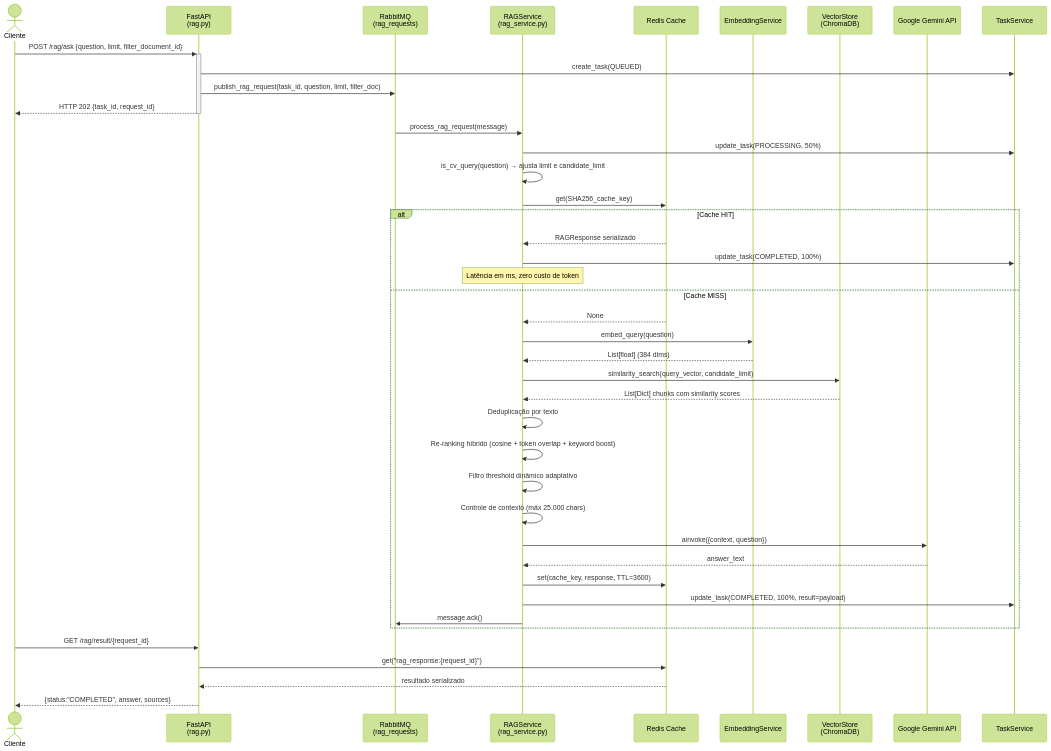
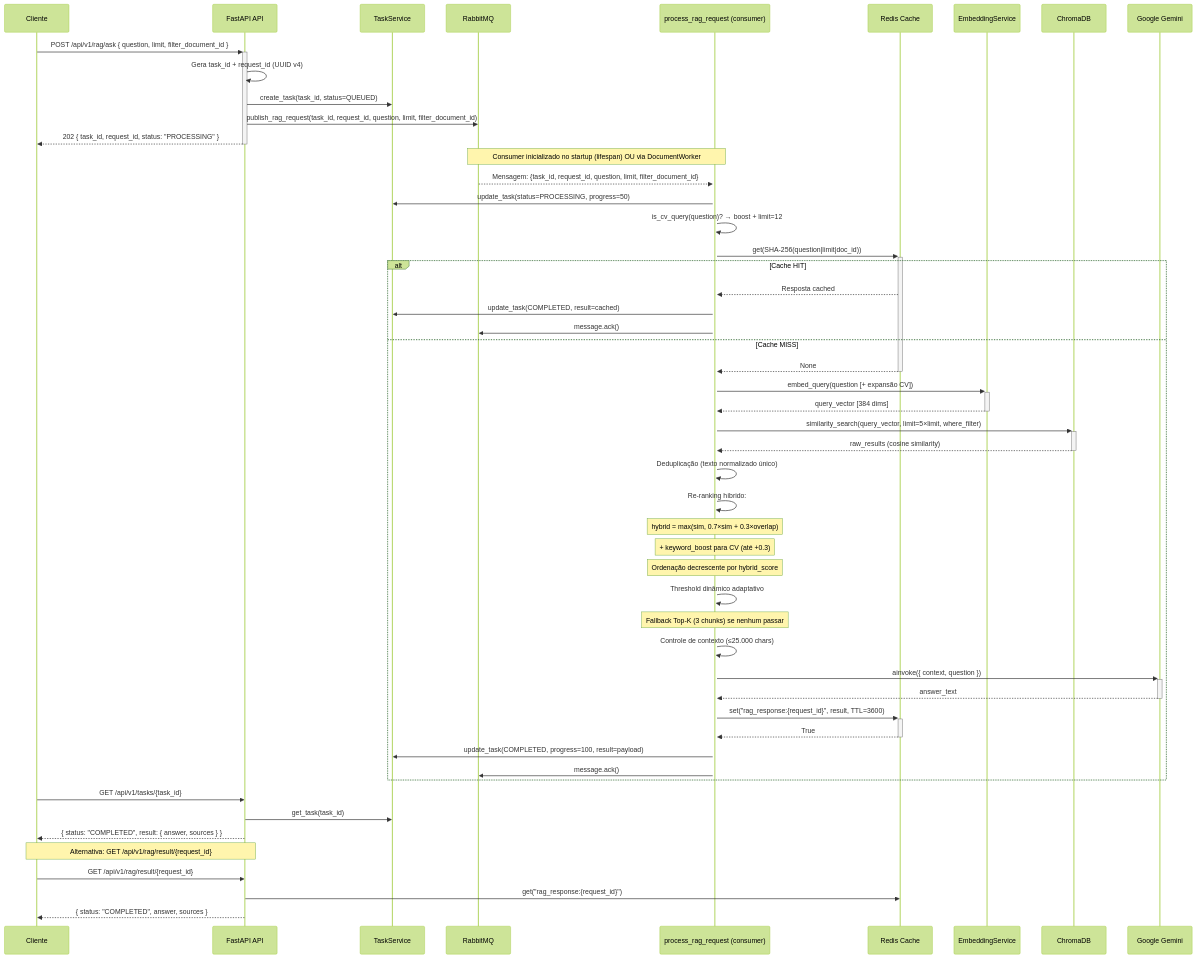
Before and after one commit to marcio-brener/DocMind-NPL-RAG: the third of 8 diagrams in README_EVENT_DRIVEN.md, drawn with Mermaid (forest theme). The commit also changed other lines of this file and 2 other files, not shown here.

````diff
--- a/README_EVENT_DRIVEN.md
+++ b/README_EVENT_DRIVEN.md
@@ -653,48 +193,70 @@
 ```mermaid
 sequenceDiagram
-    actor Cliente
-    participant API as FastAPI<br/>(rag.py)
-    participant RMQB as RabbitMQ<br/>(rag_requests)
-    participant RAG as RAGService<br/>(rag_service.py)
-    participant REDIS as Redis Cache
-    participant ES as EmbeddingService
-    participant VS as VectorStore<br/>(ChromaDB)
-    participant GEMINI as Google Gemini API
+    participant C as Cliente
+    participant API as FastAPI API
     participant TS as TaskService
+    participant RMQ as RabbitMQ
+    participant CONS as process_rag_request (consumer)
+    participant CACHE as Redis Cache
+    participant EMB as EmbeddingService
+    participant DB as ChromaDB
+    participant LLM as Google Gemini
 
-    Cliente->>+API: POST /rag/ask {question, limit, filter_document_id}
-    API->>TS: create_task(QUEUED)
-    API->>RMQB: publish_rag_request(task_id, question, limit, filter_doc)
-    API-->>-Cliente: HTTP 202 {task_id, request_id}
+    C->>+API: POST /api/v1/rag/ask { question, limit, filter_document_id }
+    API->>API: Gera task_id + request_id (UUID v4)
+    API->>TS: create_task(task_id, status=QUEUED)
+    API->>RMQ: publish_rag_request(task_id, request_id, question, limit, filter_document_id)
+    API-->>-C: 202 { task_id, request_id, status: "PROCESSING" }
 
-    RMQB->>RAG: process_rag_request(message)
-    RAG->>TS: update_task(PROCESSING, 50%)
-    RAG->>RAG: is_cv_query(question) → ajusta limit e candidate_limit
-    RAG->>REDIS: get(SHA256_cache_key)
+    Note over RMQ,CONS: Consumer inicializado no startup (lifespan) OU via DocumentWorker
 
+    RMQ-->>+CONS: Mensagem: {task_id, request_id, question, limit, filter_document_id}
+    CONS->>TS: update_task(status=PROCESSING, progress=50)
+
+    CONS->>CONS: is_cv_query(question)? → boost + limit=12
+
+    CONS->>+CACHE: get(SHA-256(question|limit|doc_id))
     alt Cache HIT
-        REDIS-->>RAG: RAGResponse serializado
-        RAG->>TS: update_task(COMPLETED, 100%)
-        Note over RAG: Latência em ms, zero custo de token
+        CACHE-->>CONS: Resposta cached
+        CONS->>TS: update_task(COMPLETED, result=cached)
+        CONS->>RMQ: message.ack()
     else Cache MISS
-        REDIS-->>RAG: None
-        RAG->>ES: embed_query(question)
-        ES-->>RAG: List[float] (384 dims)
-        RAG->>VS: similarity_search(query_vector, candidate_limit)
-        VS-->>RAG: List[Dict] chunks com similarity scores
-        RAG->>RAG: Deduplicação por texto
-        RAG->>RAG: Re-ranking híbrido (cosine + token overlap + keyword boost)
-        RAG->>RAG: Filtro threshold dinâmico adaptativo
-        RAG->>RAG: Controle de contexto (máx 25.000 chars)
-        RAG->>GEMINI: ainvoke({context, question})
-        GEMINI-->>RAG: answer_text
-        RAG->>REDIS: set(cache_key, response, TTL=3600)
-        RAG->>TS: update_task(COMPLETED, 100%, result=payload)
-        RAG->>RMQB: message.ack()
+        CACHE-->>-CONS: None
+
+        CONS->>+EMB: embed_query(question [+ expansão CV])
+        EMB-->>-CONS: query_vector [384 dims]
+
+        CONS->>+DB: similarity_search(query_vector, limit=5×limit, where_filter)
+        DB-->>-CONS: raw_results (cosine similarity)
+
+        CONS->>CONS: Deduplicação (texto normalizado único)
+
+        CONS->>CONS: Re-ranking híbrido:
+        Note over CONS: hybrid = max(sim, 0.7×sim + 0.3×overlap)
+        Note over CONS: + keyword_boost para CV (até +0.3)
+        Note over CONS: Ordenação decrescente por hybrid_score
+
+        CONS->>CONS: Threshold dinâmico adaptativo
+        Note over CONS: Fallback Top-K (3 chunks) se nenhum passar
+
+        CONS->>CONS: Controle de contexto (≤25.000 chars)
+
+        CONS->>+LLM: ainvoke({ context, question })
+        LLM-->>-CONS: answer_text
+
+        CONS->>+CACHE: set("rag_response:{request_id}", result, TTL=3600)
+        CACHE-->>-CONS: True
+
+        CONS->>TS: update_task(COMPLETED, progress=100, result=payload)
+        CONS->>RMQ: message.ack()
     end
 
-    Cliente->>API: GET /rag/result/{request_id}
-    API->>REDIS: get("rag_response:{request_id}")
-    REDIS-->>API: resultado serializado
-    API-->>Cliente: {status:"COMPLETED", answer, sources}
+    C->>API: GET /api/v1/tasks/{task_id}
+    API->>TS: get_task(task_id)
+    API-->>C: { status: "COMPLETED", result: { answer, sources } }
+
+    Note over C,API: Alternativa: GET /api/v1/rag/result/{request_id}
+    C->>API: GET /api/v1/rag/result/{request_id}
+    API->>CACHE: get("rag_response:{request_id}")
+    API-->>C: { status: "COMPLETED", answer, sources }
 ```
````
